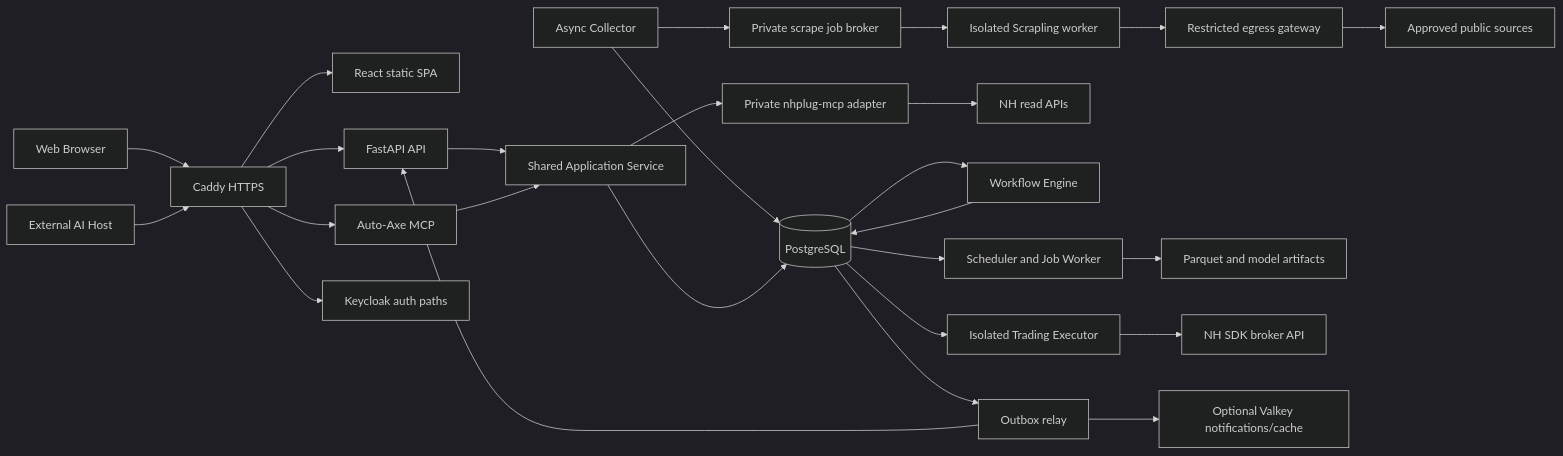
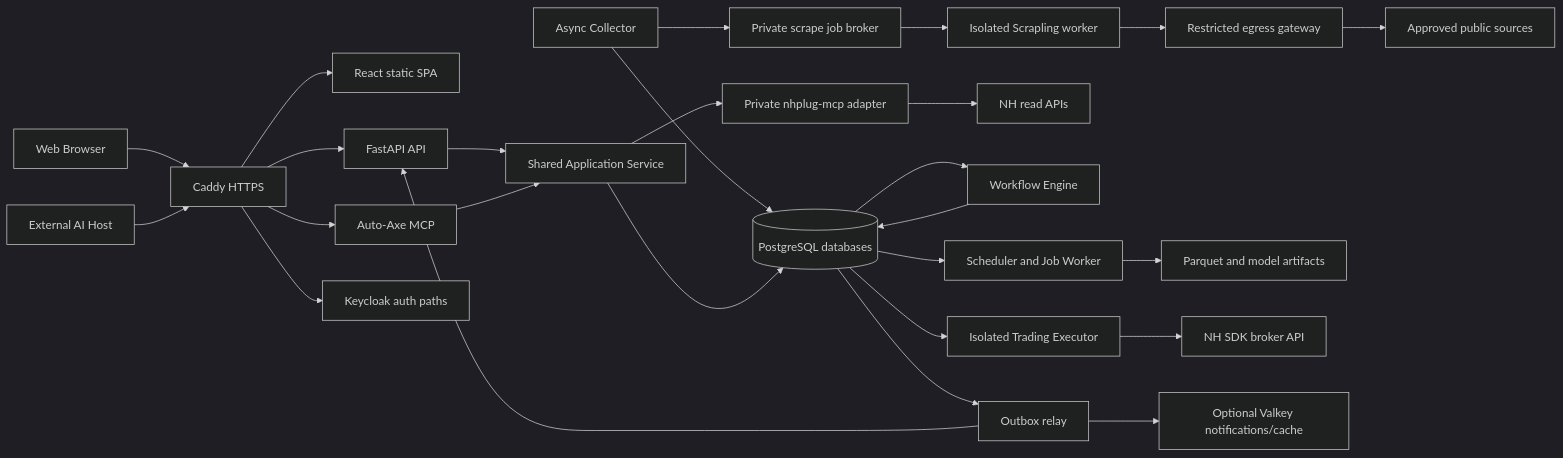
One commit to ELSAPHABA/Auto-Axe changed the diagram in docs/tech-stack/architecture.md. Above: the diagram before and after it, drawn with Mermaid (dark theme). The commit also changed other lines of this file and 20 other files, not shown here.

Commit message:
docs: finalize ten common implementation contracts and phase roadmap

````diff
--- a/docs/tech-stack/architecture.md
+++ b/docs/tech-stack/architecture.md
@@ -7,28 +7,28 @@
 ```mermaid
 flowchart LR
   U[Web Browser] --> P[Caddy HTTPS]
   H[External AI Host] --> P
   P --> WEB[React static SPA]
   P --> API[FastAPI API]
   P --> MCP[Auto-Axe MCP]
   P --> IDP[Keycloak auth paths]
   API --> S[Shared Application Service]
   MCP --> S
-  C[Async Collector] --> DB[(PostgreSQL)]
+  C[Async Collector] --> DB[(PostgreSQL databases)]
   C --> SB[Private scrape job broker]
   SB --> SW[Isolated Scrapling worker]
   SW --> EG[Restricted egress gateway]
   EG --> PUB[Approved public sources]
   S --> DB
   S --> NH[Private nhplug-mcp adapter]
   NH --> N[NH read APIs]
   DB --> W[Workflow Engine]
   DB --> J[Scheduler and Job Worker]
   J --> A[Parquet and model artifacts]
   W --> DB
   DB --> E[Isolated Trading Executor]
   E --> B[NH SDK broker API]
   DB --> F[Outbox relay]
   F --> V[Optional Valkey notifications/cache]
   F --> API
 ```
````
